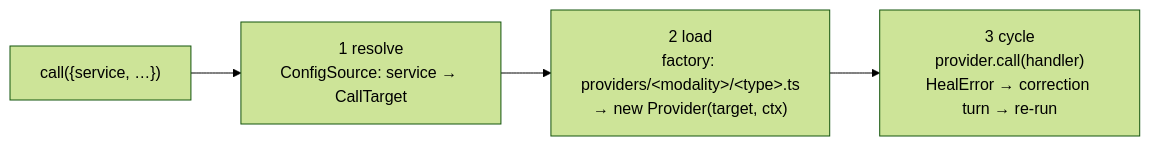
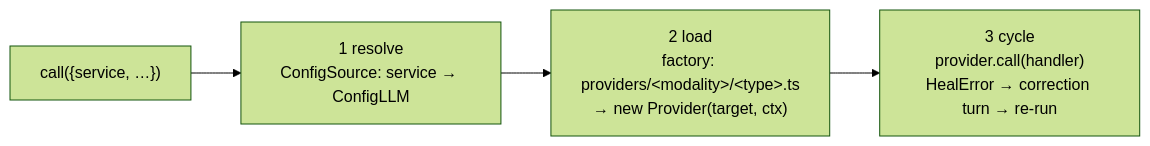
Before and after one commit to bilikaz/v84-harness: the diagram in docs/architecture/llm.md, drawn with Mermaid (forest theme). The commit also changed other lines of this file and 41 other files, not shown here.

````diff
--- a/docs/architecture/llm.md
+++ b/docs/architecture/llm.md
@@ -32,6 +32,6 @@
 ```mermaid
 flowchart LR
-    A["call({service, …})"] --> R["1 resolve\nConfigSource: service → CallTarget"]
+    A["call({service, …})"] --> R["1 resolve\nConfigSource: service → ConfigLLM"]
     R --> L["2 load\nfactory: providers/&lt;modality&gt;/&lt;type&gt;.ts\n→ new Provider(target, ctx)"]
     L --> C["3 cycle\nprovider.call(handler)\nHealError → correction turn → re-run"]
 ```
````
